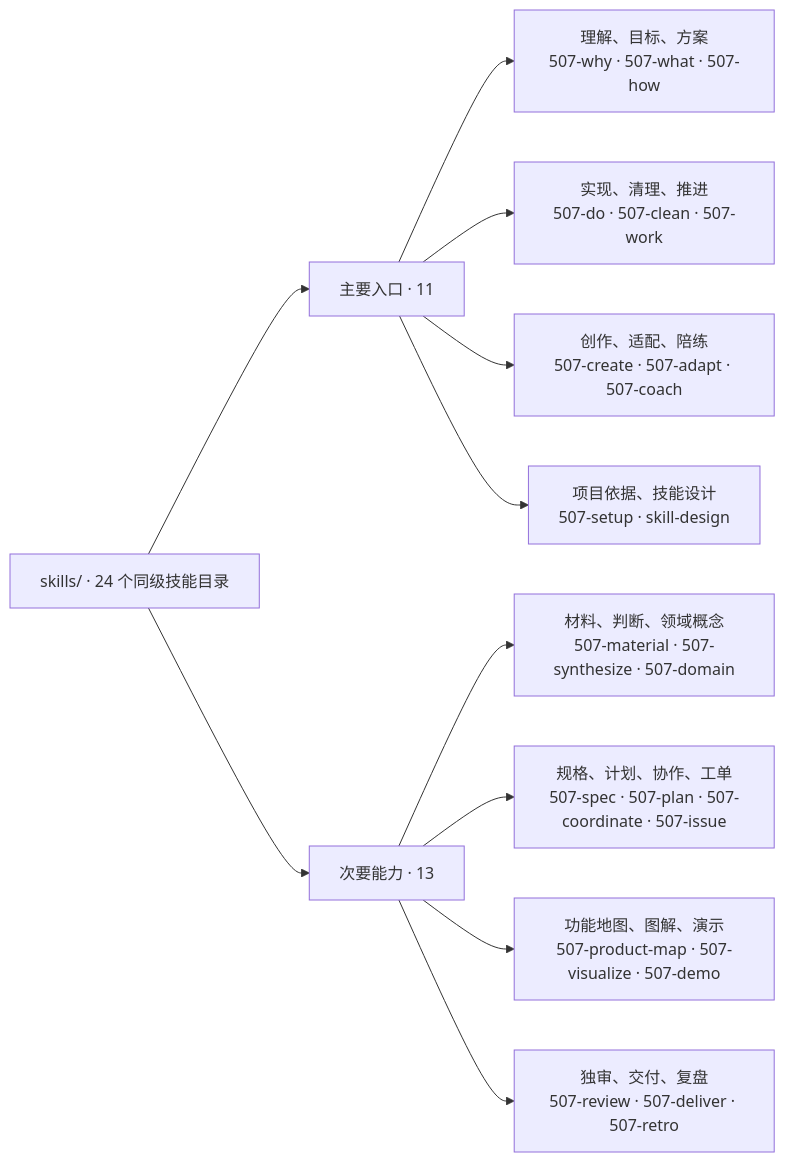
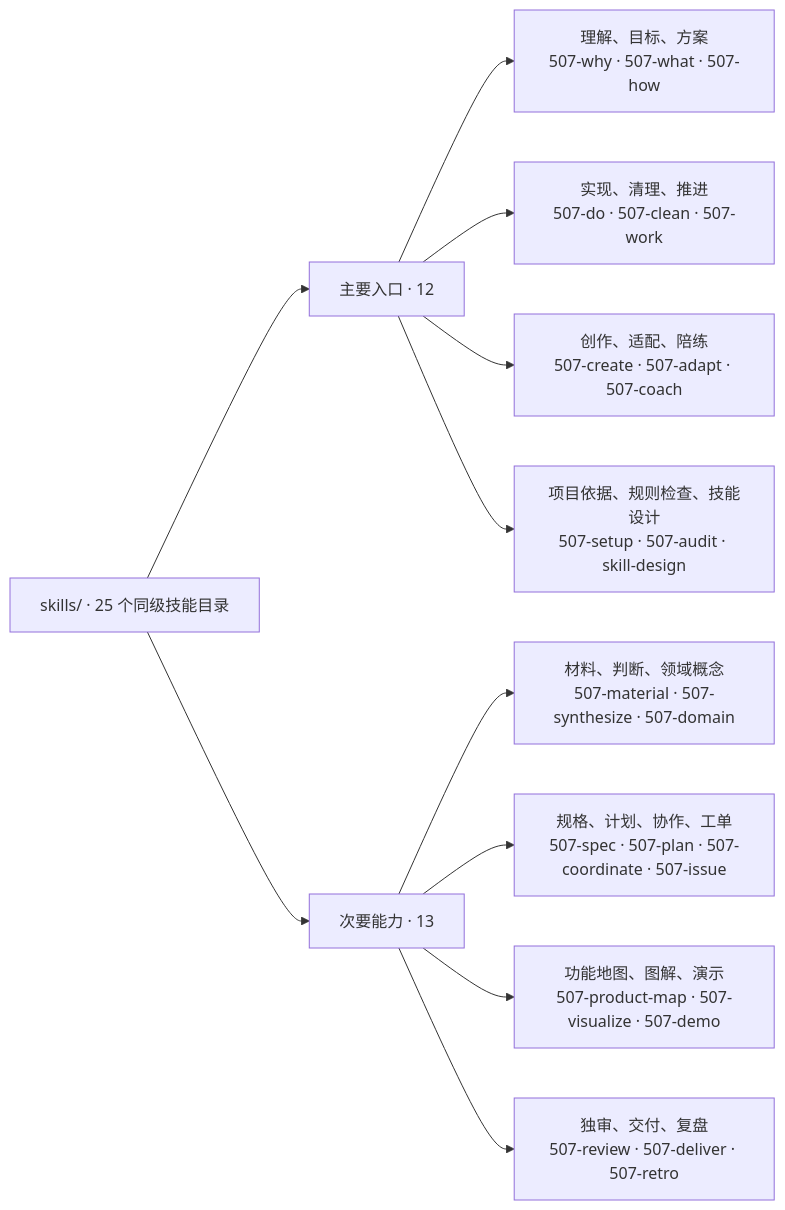
One commit to ssdiwu/507-skills changed the diagram in skills/README.md. Above: the diagram before and after it, drawn with Mermaid. The commit also changed other lines of this file and 18 other files, not shown here.

````diff
--- a/skills/README.md
+++ b/skills/README.md
@@ -9,14 +9,14 @@
 ```mermaid
 flowchart LR
-    root["skills/ · 24 个同级技能目录"]
-    root --> primary["主要入口 · 11"]
+    root["skills/ · 25 个同级技能目录"]
+    root --> primary["主要入口 · 12"]
     root --> secondary["次要能力 · 13"]
     primary --> p1["理解、目标、方案<br/>507-why · 507-what · 507-how"]
     primary --> p2["实现、清理、推进<br/>507-do · 507-clean · 507-work"]
     primary --> p3["创作、适配、陪练<br/>507-create · 507-adapt · 507-coach"]
-    primary --> p4["项目依据、技能设计<br/>507-setup · skill-design"]
+    primary --> p4["项目依据、规则检查、技能设计<br/>507-setup · 507-audit · skill-design"]
     secondary --> s1["材料、判断、领域概念<br/>507-material · 507-synthesize · 507-domain"]
     secondary --> s2["规格、计划、协作、工单<br/>507-spec · 507-plan · 507-coordinate · 507-issue"]
     secondary --> s3["功能地图、图解、演示<br/>507-product-map · 507-visualize · 507-demo"]
     secondary --> s4["独审、交付、复盘<br/>507-review · 507-deliver · 507-retro"]
 ```
````
